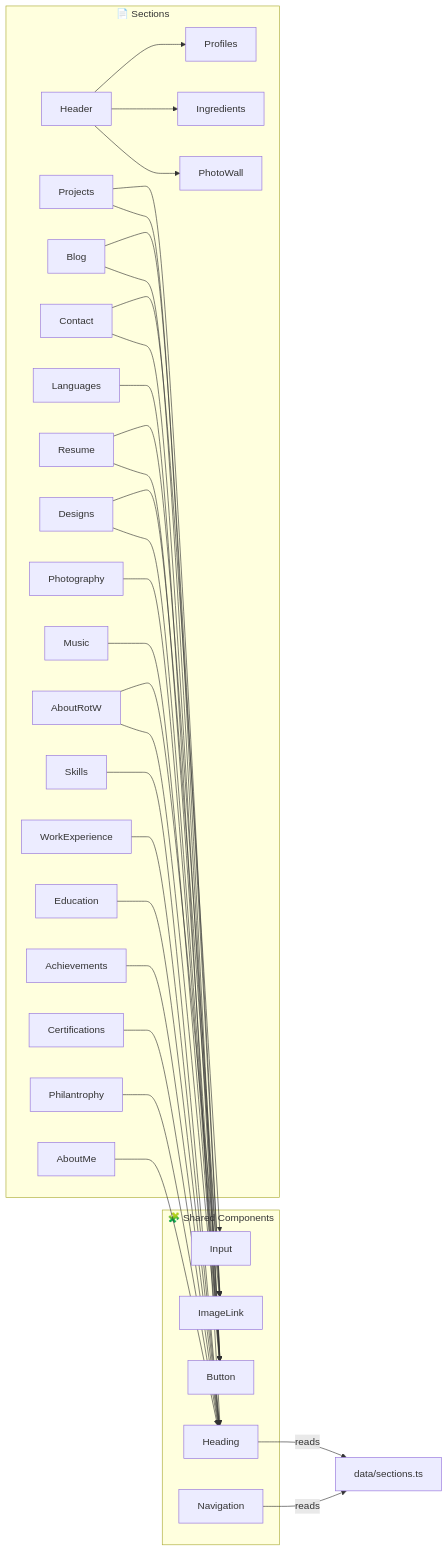
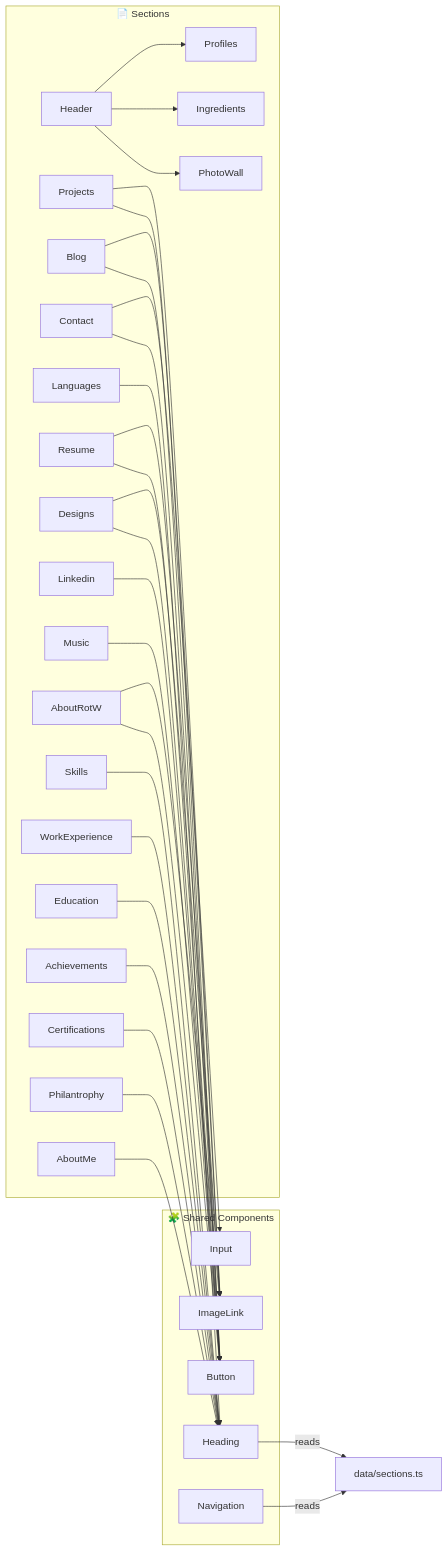
Before and after one commit to BAGOMBEKA-JOB-DEV/PORTFOLIO: the sixth of 10 diagrams in docs/project-workflow.md, drawn with Mermaid. The commit also changed other lines of this file and 5 other files, not shown here.

Commit message:
refactor: Rename Photography section to Linkedin for consistency across the codebase.

````diff
--- a/docs/project-workflow.md
+++ b/docs/project-workflow.md
@@ -378,35 +378,35 @@
 ```mermaid
 graph LR
     subgraph Shared["🧩 Shared Components"]
         BTN["Button"]
         HEAD["Heading"]
         IMG["ImageLink"]
         INP["Input"]
         NAV["Navigation"]
     end
 
     subgraph Sections["📄 Sections"]
         Header --> PhotoWall
         Header --> Ingredients
         Header --> Profiles
         Projects --> BTN & IMG
         Blog --> BTN & IMG
         Contact --> BTN & INP
         Languages --> HEAD
         Resume --> BTN & IMG
         Designs --> BTN & IMG
-        Photography --> BTN
+        Linkedin --> BTN
         Music --> BTN
         AboutRotW --> BTN & IMG
         Skills --> HEAD
         WorkExperience --> HEAD
         Education --> HEAD
         Achievements --> HEAD
         Certifications --> HEAD
         Philantrophy --> HEAD
         AboutMe --> HEAD
     end
 
     NAV -->|"reads"| Data["data/sections.ts"]
     HEAD -->|"reads"| Data
 ```
````
